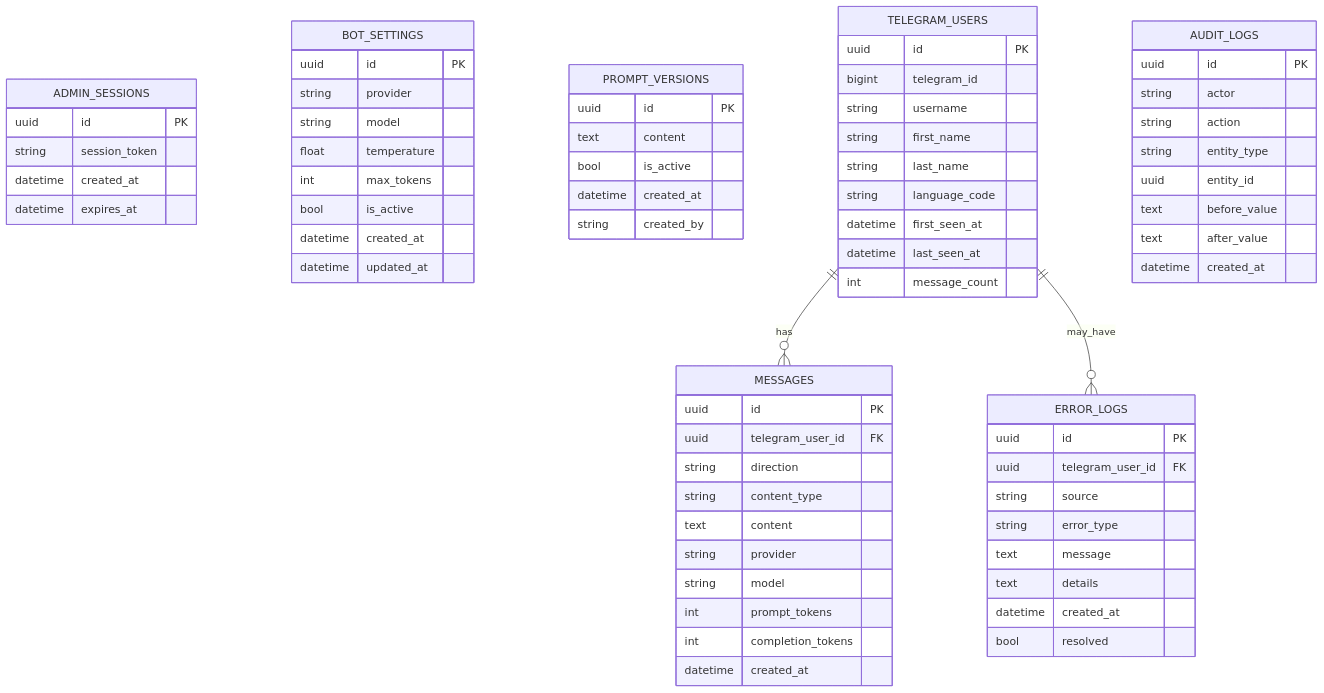
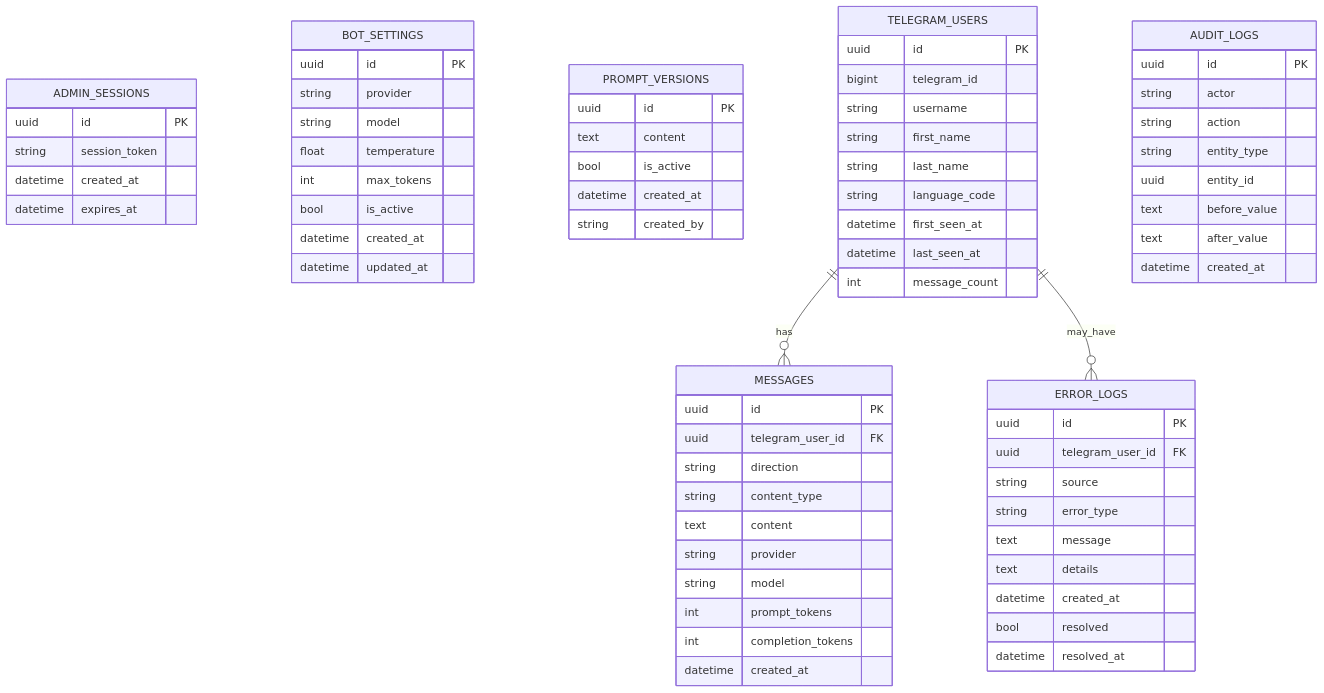
The diagram in docs/data-model.md (esik1976/telegram-bot-admin-panel), drawn with Mermaid before and after one commit. The commit also changed other lines of this file and 7 other files, not shown here.

````diff
--- a/docs/data-model.md
+++ b/docs/data-model.md
@@ -17,78 +17,79 @@
 ```mermaid
 erDiagram
     ADMIN_SESSIONS {
         uuid id PK
         string session_token
         datetime created_at
         datetime expires_at
     }
 
     BOT_SETTINGS {
         uuid id PK
         string provider
         string model
         float temperature
         int max_tokens
         bool is_active
         datetime created_at
         datetime updated_at
     }
 
     PROMPT_VERSIONS {
         uuid id PK
         text content
         bool is_active
         datetime created_at
         string created_by
     }
 
     TELEGRAM_USERS {
         uuid id PK
         bigint telegram_id
         string username
         string first_name
         string last_name
         string language_code
         datetime first_seen_at
         datetime last_seen_at
         int message_count
     }
 
     MESSAGES {
         uuid id PK
         uuid telegram_user_id FK
         string direction
         string content_type
         text content
         string provider
         string model
         int prompt_tokens
         int completion_tokens
         datetime created_at
     }
 
     ERROR_LOGS {
         uuid id PK
         uuid telegram_user_id FK
         string source
         string error_type
         text message
         text details
         datetime created_at
         bool resolved
+        datetime resolved_at
     }
 
     AUDIT_LOGS {
         uuid id PK
         string actor
         string action
         string entity_type
         uuid entity_id
         text before_value
         text after_value
         datetime created_at
     }
 
     TELEGRAM_USERS ||--o{ MESSAGES : has
     TELEGRAM_USERS ||--o{ ERROR_LOGS : may_have
 ```
````
